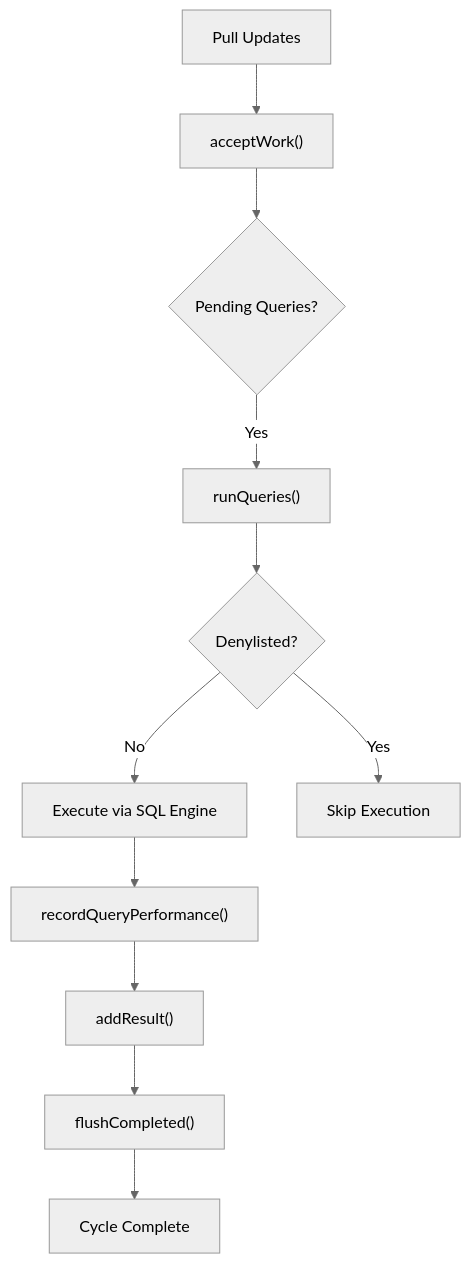
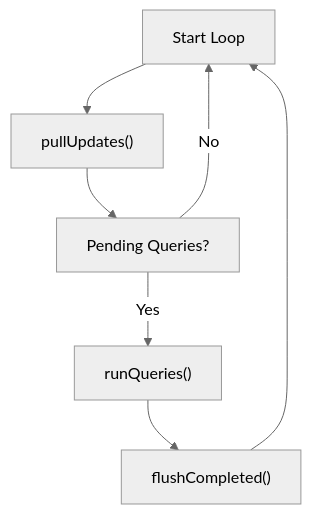
One commit to flamingo-stack/osquery changed the fifth of 9 diagrams in docs/reference/architecture/distributed-querying/distributed-querying.md. Above: the diagram before and after it, drawn with Mermaid (neutral theme). The commit also changed other lines of this file and 388 other files, not shown here.

````diff
--- a/docs/reference/architecture/distributed-querying/distributed-querying.md
+++ b/docs/reference/architecture/distributed-querying/distributed-querying.md
@@ -108,13 +207,9 @@
 ```mermaid
 flowchart TD
-    Start["Pull Updates"] --> Accept["acceptWork()"]
-    Accept --> Pending{"Pending Queries?"}
-    Pending -->|"Yes"| Run["runQueries()"]
-    Run --> Deny{"Denylisted?"}
-    Deny -->|"No"| Execute["Execute via SQL Engine"]
-    Execute --> Record["recordQueryPerformance()"]
-    Record --> Queue["addResult()"]
-    Queue --> Flush["flushCompleted()"]
-    Deny -->|"Yes"| Skip["Skip Execution"]
-    Flush --> End["Cycle Complete"]
+    Start["Start Loop"] --> Pull["pullUpdates()"]
+    Pull --> Check["Pending Queries?"]
+    Check -->|"Yes"| Run["runQueries()"]
+    Run --> Flush["flushCompleted()"]
+    Flush --> Start
+    Check -->|"No"| Start
 ```
````
